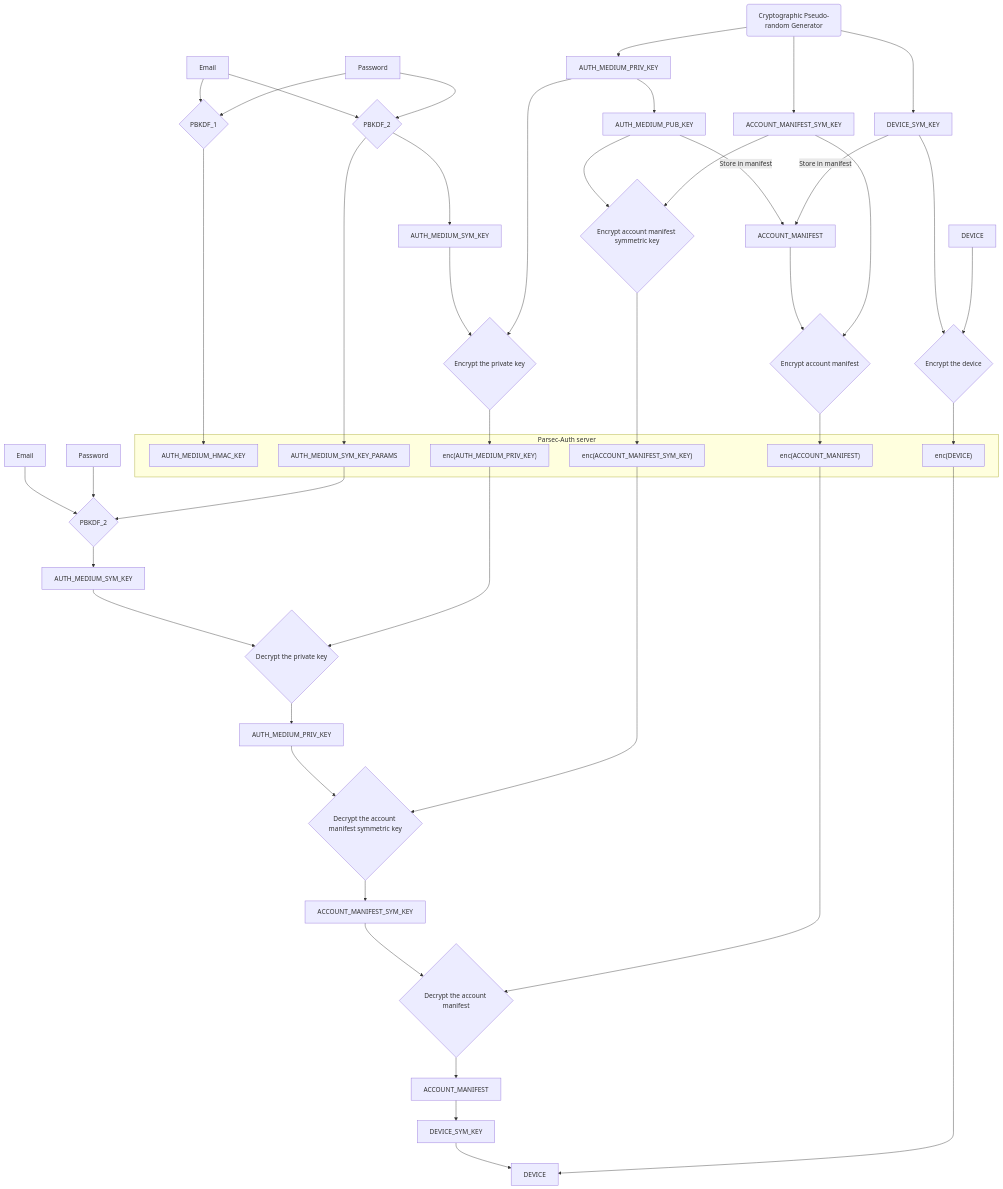
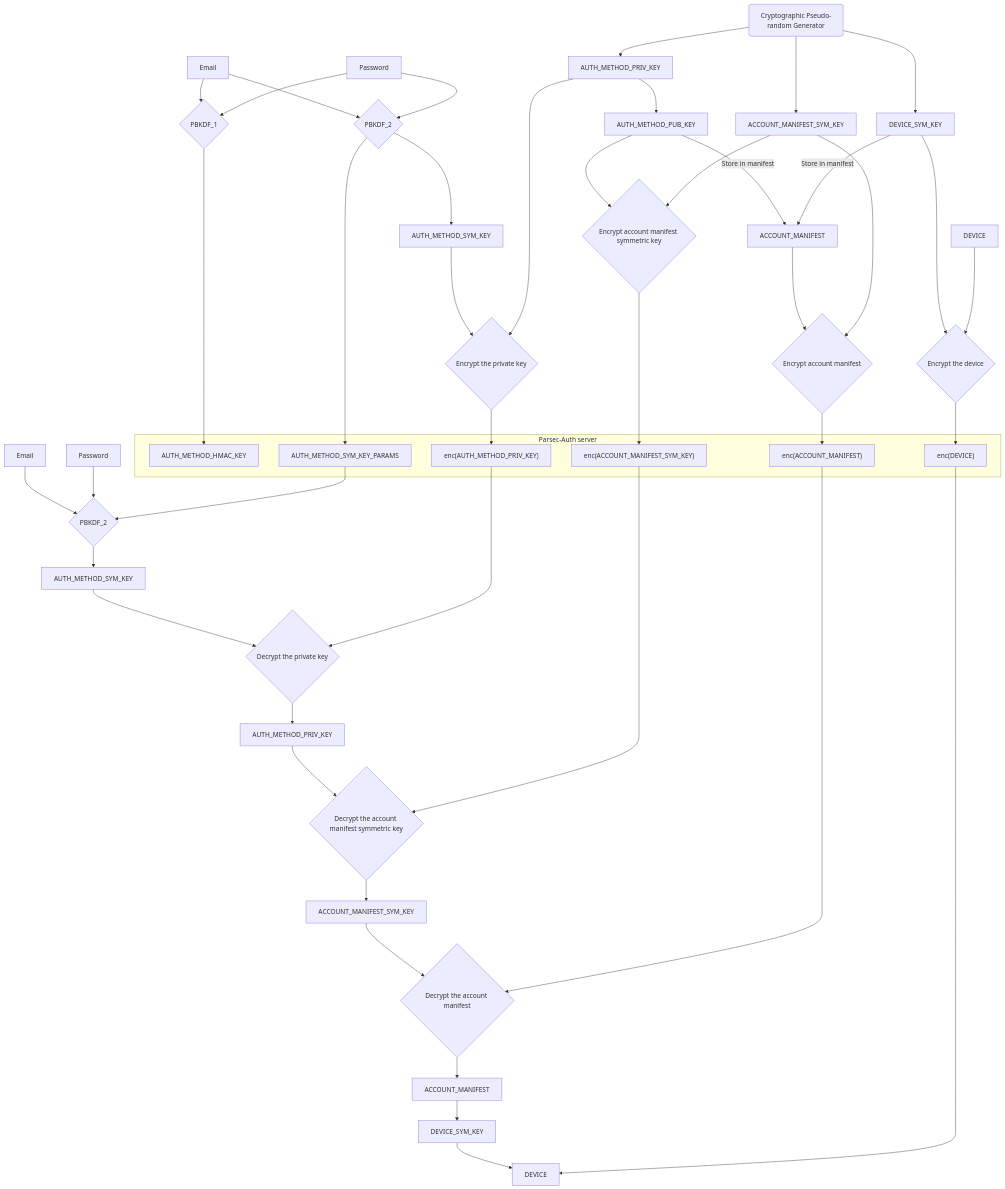
Before and after one commit to Scille/parsec-cloud: the eighth of 8 diagrams in docs/rfcs/1012-parsec-auth.md, drawn with Mermaid. The commit also changed other lines of this file, not shown here.

Commit message:
fixup! feat(rfc): Add RFC Parsec auth

````diff
--- a/docs/rfcs/1012-parsec-auth.md
+++ b/docs/rfcs/1012-parsec-auth.md
@@ -350,51 +350,51 @@
 ```mermaid
 flowchart TD
   H1{PBKDF_1}
   H2{PBKDF_2}
 
   Email & Password --> H1 & H2
 
-  H1 --> AUTH_MEDIUM_HMAC_KEY
+  H1 --> AUTH_METHOD_HMAC_KEY
 
-  H2 --> AUTH_MEDIUM_SYM_KEY_PARAMS & AUTH_MEDIUM_SYM_KEY
+  H2 --> AUTH_METHOD_SYM_KEY_PARAMS & AUTH_METHOD_SYM_KEY
 
   CSPRNG(Cryptographic Pseudo-random Generator)
 
-  CSPRNG --> AUTH_MEDIUM_PRIV_KEY --> AUTH_MEDIUM_PUB_KEY
+  CSPRNG --> AUTH_METHOD_PRIV_KEY --> AUTH_METHOD_PUB_KEY
   CSPRNG --> ACCOUNT_MANIFEST_SYM_KEY
 
-  AUTH_MEDIUM_SYM_KEY & AUTH_MEDIUM_PRIV_KEY --> E1{"Encrypt the private key"} --> enc_PRIV_KEY["enc(AUTH_MEDIUM_PRIV_KEY)"]
+  AUTH_METHOD_SYM_KEY & AUTH_METHOD_PRIV_KEY --> E1{"Encrypt the private key"} --> enc_PRIV_KEY["enc(AUTH_METHOD_PRIV_KEY)"]
 
-  AUTH_MEDIUM_PUB_KEY --> |"Store in manifest"| ACCOUNT_MANIFEST
+  AUTH_METHOD_PUB_KEY --> |"Store in manifest"| ACCOUNT_MANIFEST
 
   ACCOUNT_MANIFEST & ACCOUNT_MANIFEST_SYM_KEY --> E2{"Encrypt account manifest"} --> enc_MANIFEST["enc(ACCOUNT_MANIFEST)"]
 
-  AUTH_MEDIUM_PUB_KEY & ACCOUNT_MANIFEST_SYM_KEY --> E3{"Encrypt account manifest symmetric key"} --> enc_MANIFEST_KEY["enc(ACCOUNT_MANIFEST_SYM_KEY)"]
+  AUTH_METHOD_PUB_KEY & ACCOUNT_MANIFEST_SYM_KEY --> E3{"Encrypt account manifest symmetric key"} --> enc_MANIFEST_KEY["enc(ACCOUNT_MANIFEST_SYM_KEY)"]
 
   CSPRNG --> DEVICE_SYM_KEY
 
   DEVICE_SYM_KEY & DEVICE --> E4{"Encrypt the device"} --> enc_DEVICE["enc(DEVICE)"]
 
   DEVICE_SYM_KEY --> |"Store in manifest"| ACCOUNT_MANIFEST
 
   subgraph Parsec-Auth server
-    AUTH_MEDIUM_HMAC_KEY
-    AUTH_MEDIUM_SYM_KEY_PARAMS
+    AUTH_METHOD_HMAC_KEY
+    AUTH_METHOD_SYM_KEY_PARAMS
     enc_PRIV_KEY
     enc_MANIFEST
     enc_MANIFEST_KEY
     enc_DEVICE
   end
 
-  E[Email] & P[Password] & AUTH_MEDIUM_SYM_KEY_PARAMS --> H3{PBKDF_2} --> AUTH_SYM_KEY[AUTH_MEDIUM_SYM_KEY]
+  E[Email] & P[Password] & AUTH_METHOD_SYM_KEY_PARAMS --> H3{PBKDF_2} --> AUTH_SYM_KEY[AUTH_METHOD_SYM_KEY]
 
-  AUTH_SYM_KEY & enc_PRIV_KEY --> D1{"Decrypt the private key"} --> PRIV_KEY[AUTH_MEDIUM_PRIV_KEY]
+  AUTH_SYM_KEY & enc_PRIV_KEY --> D1{"Decrypt the private key"} --> PRIV_KEY[AUTH_METHOD_PRIV_KEY]
 
   PRIV_KEY & enc_MANIFEST_KEY --> D2{"Decrypt the account manifest symmetric key"} --> MANIFEST_KEY[ACCOUNT_MANIFEST_SYM_KEY]
 
   MANIFEST_KEY & enc_MANIFEST --> D3{"Decrypt the account manifest"} --> MANIFEST[ACCOUNT_MANIFEST]
 
   MANIFEST --> DEV_KEY[DEVICE_SYM_KEY]
 
   DEV_KEY & enc_DEVICE --> DEV[DEVICE]
 ```
````
